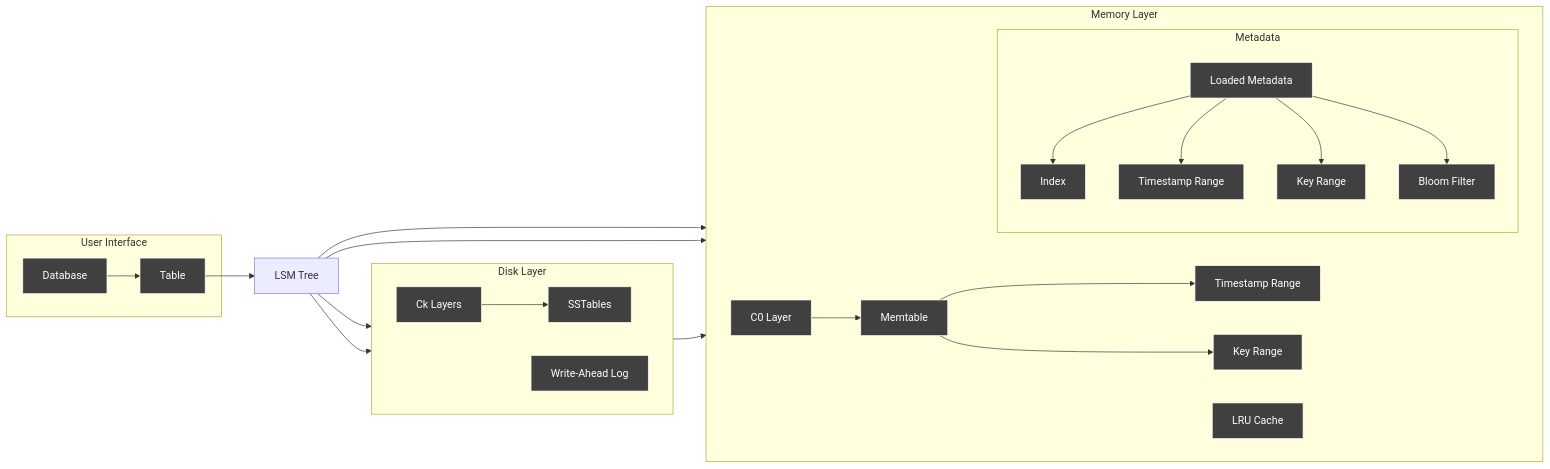
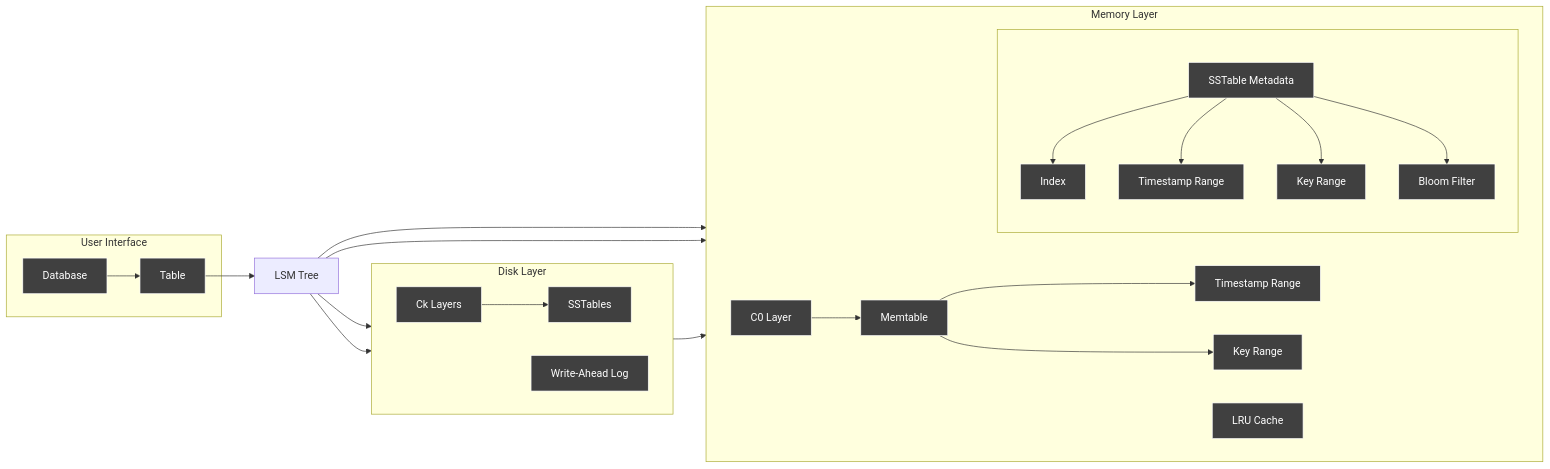
Before and after one commit to vkayy/vkdb: the first of 2 diagrams in README.md, drawn with Mermaid.

Commit message:
docs: rephrase database engine graph

````diff
--- a/README.md
+++ b/README.md
@@ -69,55 +69,55 @@
 ```mermaid
 graph LR
     classDef uiLayer fill:#404040,stroke:#fff,color:#fff
     classDef memoryLayer fill:#404040,stroke:#fff,color:#fff
     classDef diskLayer fill:#404040,stroke:#fff,color:#fff
 
     subgraph userInterface[User Interface]
         database[Database]:::uiLayer
         table[Table]:::uiLayer
     end
 
     subgraph memoryLayer[Memory Layer]
         direction LR
         c0Layer[C0 Layer]:::memoryLayer
         memtable[Memtable]:::memoryLayer
         timestampRangeM[Timestamp Range]:::memoryLayer
         keyRangeM[Key Range]:::memoryLayer
         lruCache[LRU Cache]:::memoryLayer
 
-        subgraph metadata[Metadata]
+        subgraph metadata[ ]
             direction TB
-            loadedMetadata[Loaded Metadata]:::memoryLayer
+            sstableMetadata[SSTable Metadata]:::memoryLayer
             index[Index]:::memoryLayer
             timestampRangeS[Timestamp Range]:::memoryLayer
             keyRangeS[Key Range]:::memoryLayer
             bloomFilter[Bloom Filter]:::memoryLayer
         end
 
         c0Layer --> memtable
         memtable --> timestampRangeM
         memtable --> keyRangeM
-        loadedMetadata --> index
-        loadedMetadata --> timestampRangeS
-        loadedMetadata --> keyRangeS
-        loadedMetadata --> bloomFilter
+        sstableMetadata --> index
+        sstableMetadata --> timestampRangeS
+        sstableMetadata --> keyRangeS
+        sstableMetadata --> bloomFilter
     end
 
     subgraph diskLayer[Disk Layer]
         direction LR
         ckLayers[Ck Layers]:::diskLayer
         ssTables[SSTables]:::diskLayer
         writeAheadLog[Write-Ahead Log]:::diskLayer
 
         ckLayers --> ssTables
-        ssTables --> loadedMetadata
+        ssTables --> sstableMetadata
     end
 
     database --> table
     table --> lsmTree[LSM Tree]
 
     lsmTree --> lruCache
     lsmTree --> writeAheadLog
     lsmTree --> c0Layer
     lsmTree --> ckLayers
 ```
````
